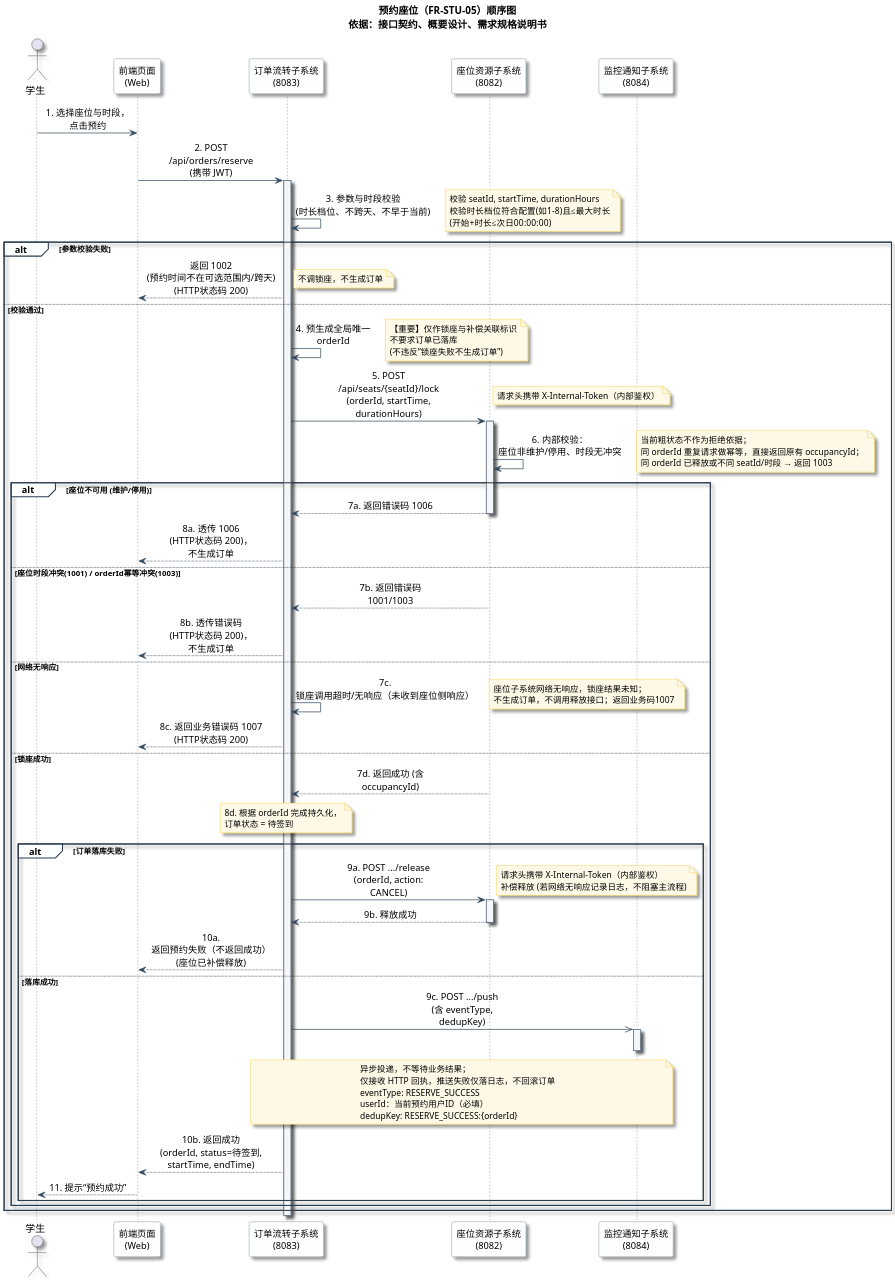
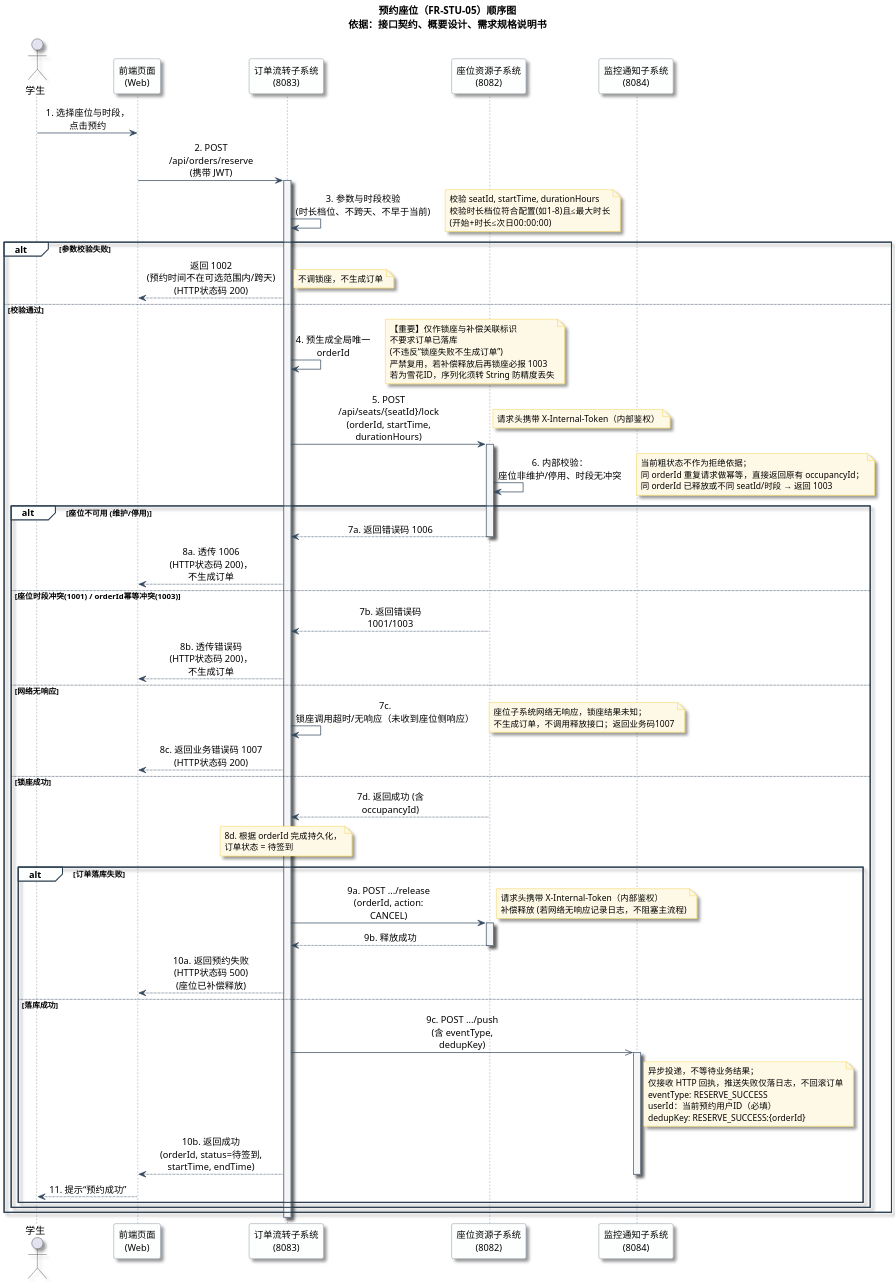
One commit to wlmm123/campus-study-room-system changed the diagram in 03_UML设计模型/sequence_studyroom.puml. Above: the diagram before and after it, drawn with PlantUML. The commit also changed 1 other file, not shown here.

Commit message:
成员3-预约顺序图 puml 源文件 + PNG 图片（3.0）

```diff
--- a/03_UML设计模型/sequence_studyroom.puml
+++ b/03_UML设计模型/sequence_studyroom.puml
@@ -1,122 +1,124 @@
 @startuml 校园自习室分布式预约管理系统_预约座位顺序图
 skinparam limitSize false
 skinparam dpi 200
 skinparam shadowing true
 skinparam linetype polyline
 skinparam sequenceMessageAlign center
 skinparam maxMessageSize 150
 
 ' 配色方案
 skinparam participant {
     BackgroundColor #FDFEFE
     BorderColor #5D6D7E
     FontSize 13
 }
 skinparam sequence {
     ArrowColor #34495E
     LifeLineBorderColor #5D6D7E
     LifeLineBackgroundColor #F4F6F7
     GroupBorderColor #2C3E50
     GroupBackgroundColor #FDFEFE
 }
 skinparam note {
     BackgroundColor #FEF9E7
     BorderColor #F1C40F
     FontSize 12
 }
 
 title 预约座位（FR-STU-05）顺序图\n依据：接口契约、概要设计、需求规格说明书
 
 actor 学生 as Student
 participant "前端页面\n(Web)" as Frontend
 participant "订单流转子系统\n(8083)" as OrderSvc
 participant "座位资源子系统\n(8082)" as SeatSvc
 participant "监控通知子系统\n(8084)" as NotifySvc
 
 Student -> Frontend : 1. 选择座位与时段，点击预约
 Frontend -> OrderSvc : 2. POST /api/orders/reserve\n(携带 JWT)
 activate OrderSvc
 
 OrderSvc -> OrderSvc : 3. 参数与时段校验\n(时长档位、不跨天、不早于当前)
 note right: 校验 seatId, startTime, durationHours\n校验时长档位符合配置(如1-8)且≤最大时长\n(开始+时长≤次日00:00:00)
 
 alt 参数校验失败
     OrderSvc --> Frontend : 返回 1002 (预约时间不在可选范围内/跨天)\n(HTTP状态码 200)
     note right: 不调锁座，不生成订单
 
 else 校验通过
 
     OrderSvc -> OrderSvc : 4. 预生成全局唯一 orderId
     note right
       【重要】仅作锁座与补偿关联标识
       不要求订单已落库
       (不违反“锁座失败不生成订单”)
+      严禁复用，若补偿释放后再锁座必报 1003
+      若为雪花ID，序列化须转 String 防精度丢失
     end note
 
     OrderSvc -> SeatSvc : 5. POST /api/seats/{seatId}/lock\n(orderId, startTime, durationHours)
     note right: 请求头携带 X-Internal-Token（内部鉴权）
     activate SeatSvc
 
     SeatSvc -> SeatSvc : 6. 内部校验：座位非维护/停用、时段无冲突
     note right
       当前粗状态不作为拒绝依据；
       同 orderId 重复请求做幂等，直接返回原有 occupancyId；
       同 orderId 已释放或不同 seatId/时段 → 返回 1003
     end note
 
     alt 座位不可用 (维护/停用)
         SeatSvc --> OrderSvc : 7a. 返回错误码 1006
         deactivate SeatSvc
         OrderSvc --> Frontend : 8a. 透传 1006 (HTTP状态码 200)，不生成订单
 
     else 座位时段冲突(1001) / orderId幂等冲突(1003)
         SeatSvc --> OrderSvc : 7b. 返回错误码 1001/1003
         deactivate SeatSvc
         OrderSvc --> Frontend : 8b. 透传错误码 (HTTP状态码 200)，不生成订单
 
     else 网络无响应
         OrderSvc -> OrderSvc : 7c. 锁座调用超时/无响应（未收到座位侧响应）
         note right
           座位子系统网络无响应，锁座结果未知；
           不生成订单，不调用释放接口；返回业务码1007
         end note
         deactivate SeatSvc
         OrderSvc --> Frontend : 8c. 返回业务错误码 1007\n(HTTP状态码 200)
 
     else 锁座成功
         SeatSvc --> OrderSvc : 7d. 返回成功 (含 occupancyId)
         deactivate SeatSvc
 
         note over OrderSvc: 8d. 根据 orderId 完成持久化，\n订单状态 = 待签到
 
         alt 订单落库失败
             OrderSvc -> SeatSvc : 9a. POST .../release\n(orderId, action: CANCEL)
             note right
               请求头携带 X-Internal-Token（内部鉴权）
               补偿释放 (若网络无响应记录日志，不阻塞主流程)
             end note
             activate SeatSvc
             SeatSvc --> OrderSvc : 9b. 释放成功
             deactivate SeatSvc
-            OrderSvc --> Frontend : 10a. 返回预约失败（不返回成功）\n(座位已补偿释放)
+            OrderSvc --> Frontend : 10a. 返回预约失败 (HTTP状态码 500)\n(座位已补偿释放)
 
         else 落库成功
             OrderSvc ->> NotifySvc : 9c. POST .../push\n(含 eventType, dedupKey)
             activate NotifySvc
-            note over OrderSvc, NotifySvc
+            note right of NotifySvc
               异步投递，不等待业务结果；
               仅接收 HTTP 回执，推送失败仅落日志，不回滚订单
               eventType: RESERVE_SUCCESS
               userId：当前预约用户ID（必填）
               dedupKey: RESERVE_SUCCESS:{orderId}
             end note
-            deactivate NotifySvc
 
             OrderSvc --> Frontend : 10b. 返回成功\n(orderId, status=待签到, startTime, endTime)
+            deactivate NotifySvc
             Frontend --> Student : 11. 提示“预约成功”
         end
     end
 end
 deactivate OrderSvc
 
 @enduml
```
